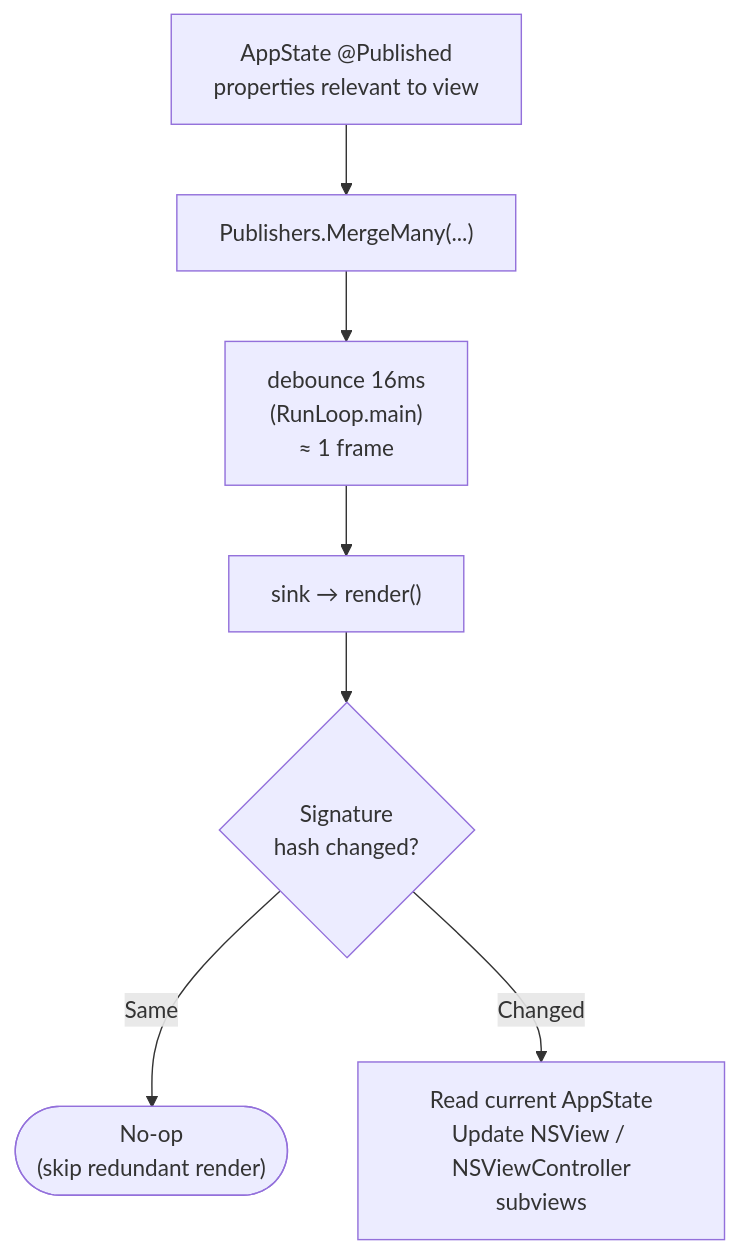
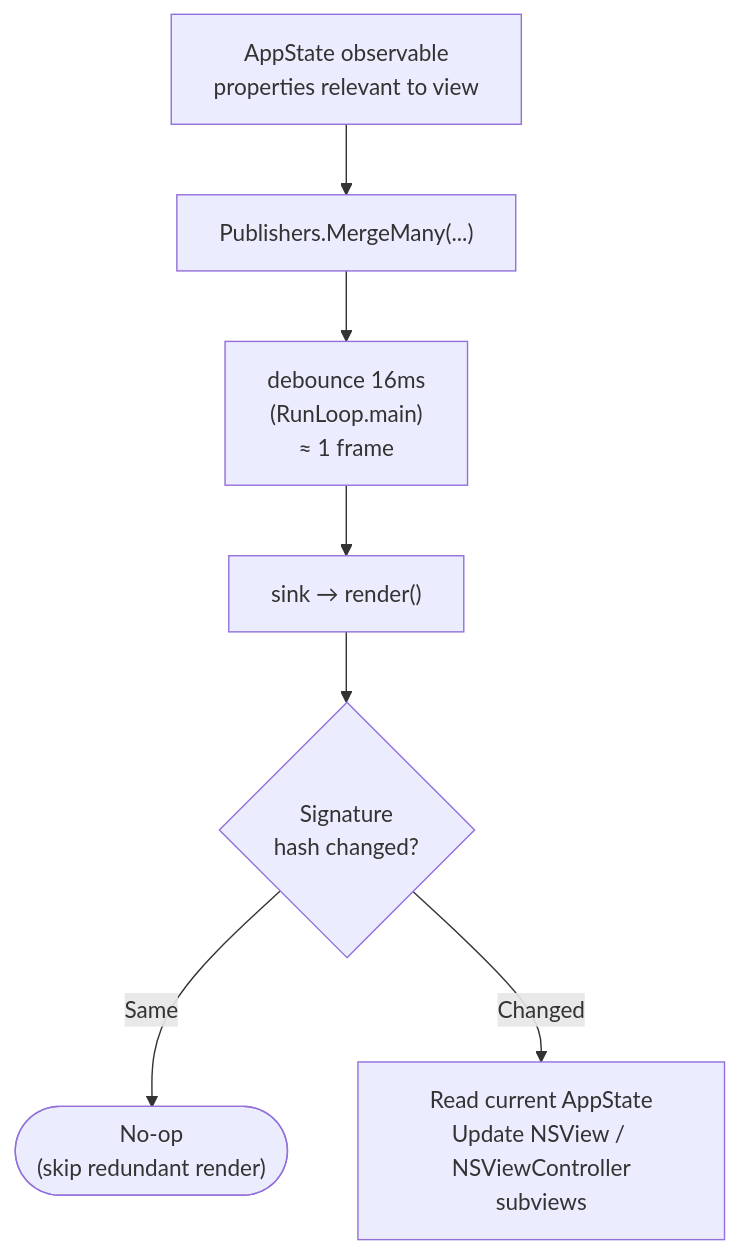
One commit to albibenni/free changed diagram 11 of 12 in Docs/diagrams.md. Above: the diagram before and after it, drawn with Mermaid. The commit also changed other lines of this file and 5 other files, not shown here.

````diff
--- a/Docs/diagrams.md
+++ b/Docs/diagrams.md
@@ -401,17 +399,17 @@
 ```mermaid
 flowchart TD
-  Props["AppState @Published\nproperties relevant to view"]
+  Props["AppState observable\nproperties relevant to view"]
   Merge["Publishers.MergeMany(...)"]
   Debounce["debounce 16ms\n(RunLoop.main)\n≈ 1 frame"]
   Sink["sink → render()"]
   Signature{Signature\nhash changed?}
   NoOp(["No-op\n(skip redundant render)"])
   Render["Read current AppState\nUpdate NSView / NSViewController\nsubviews"]
 
   Props --> Merge
   Merge --> Debounce
   Debounce --> Sink
   Sink --> Signature
   Signature -->|Same| NoOp
   Signature -->|Changed| Render
 ```
````
